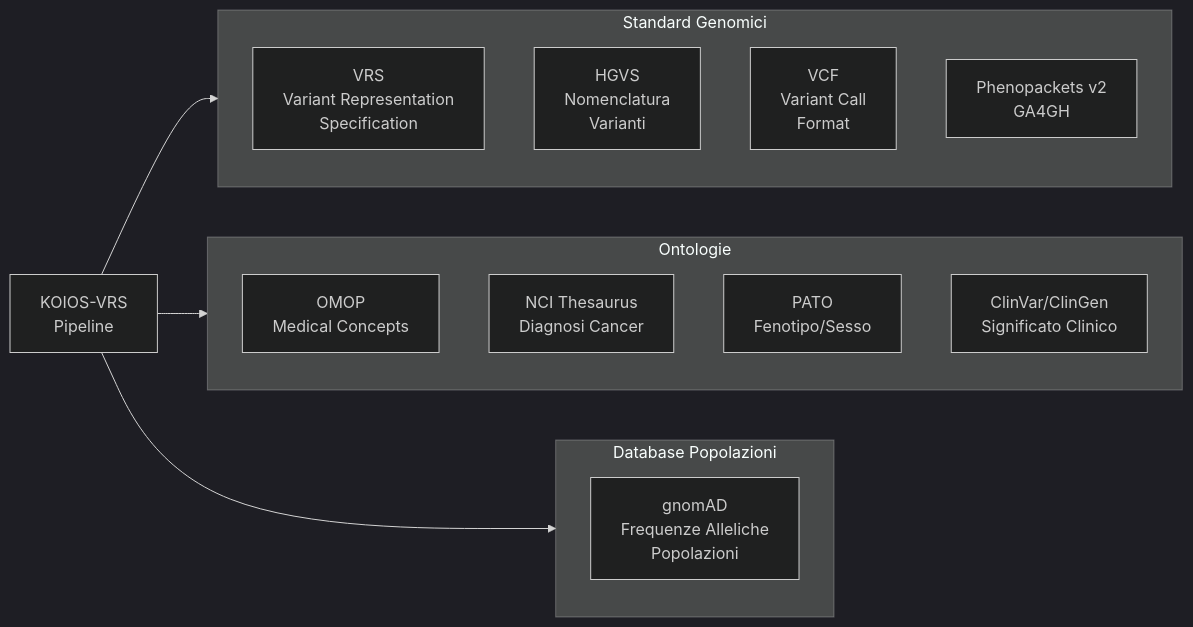
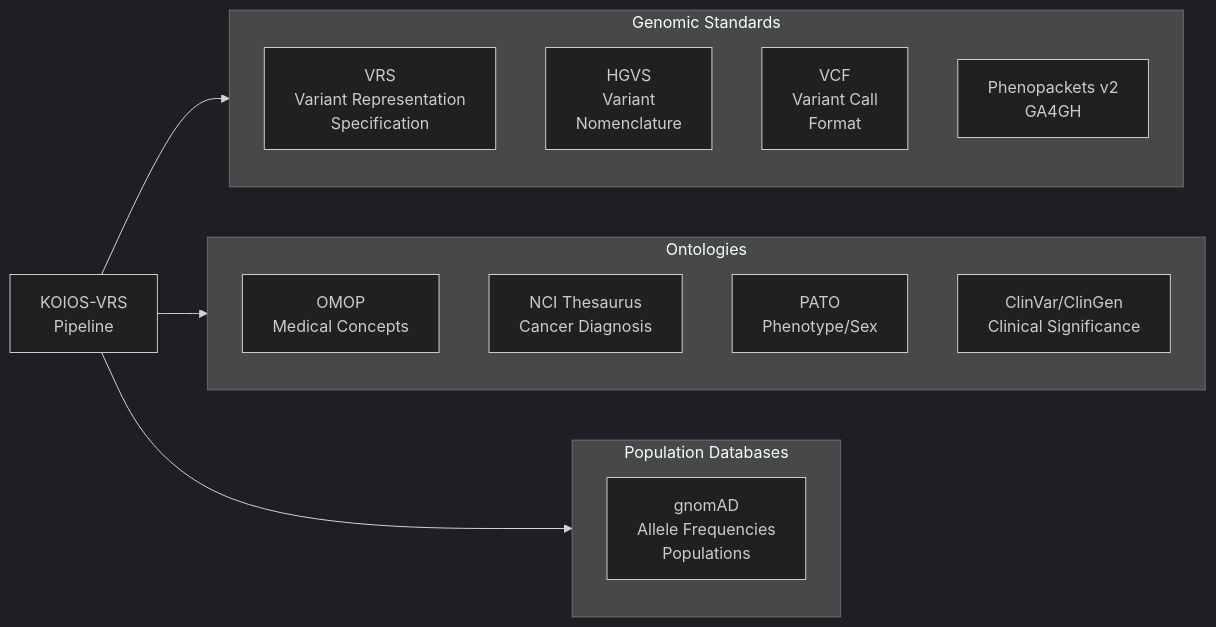
Before and after one commit to gbucci/koios_vrs: the seventh of 7 diagrams in FLOW_DIAGRAM.md, drawn with Mermaid (dark theme). The commit also changed other lines of this file and 3 other files, not shown here.

First line of the commit message:
Translate flow diagram to English and rename 'Note' to 'Known'

````diff
--- a/FLOW_DIAGRAM.md
+++ b/FLOW_DIAGRAM.md
@@ -275,24 +275,24 @@
 ```mermaid
 flowchart LR
-    subgraph Standards["Standard Genomici"]
+    subgraph Standards["Genomic Standards"]
         VRS[VRS<br/>Variant Representation<br/>Specification]
-        HGVS[HGVS<br/>Nomenclatura<br/>Varianti]
+        HGVS[HGVS<br/>Variant<br/>Nomenclature]
         VCF[VCF<br/>Variant Call<br/>Format]
         Pheno[Phenopackets v2<br/>GA4GH]
     end
 
-    subgraph Ontologies["Ontologie"]
+    subgraph Ontologies["Ontologies"]
         OMOP[OMOP<br/>Medical Concepts]
-        NCIT[NCI Thesaurus<br/>Diagnosi Cancer]
-        PATO[PATO<br/>Fenotipo/Sesso]
-        ClinVar[ClinVar/ClinGen<br/>Significato Clinico]
+        NCIT[NCI Thesaurus<br/>Cancer Diagnosis]
+        PATO[PATO<br/>Phenotype/Sex]
+        ClinVar[ClinVar/ClinGen<br/>Clinical Significance]
     end
 
-    subgraph Databases["Database Popolazioni"]
-        gnomAD[gnomAD<br/>Frequenze Alleliche<br/>Popolazioni]
+    subgraph Databases["Population Databases"]
+        gnomAD[gnomAD<br/>Allele Frequencies<br/>Populations]
     end
 
     Pipeline[KOIOS-VRS<br/>Pipeline] --> Standards
     Pipeline --> Ontologies
     Pipeline --> Databases
 ```
````
